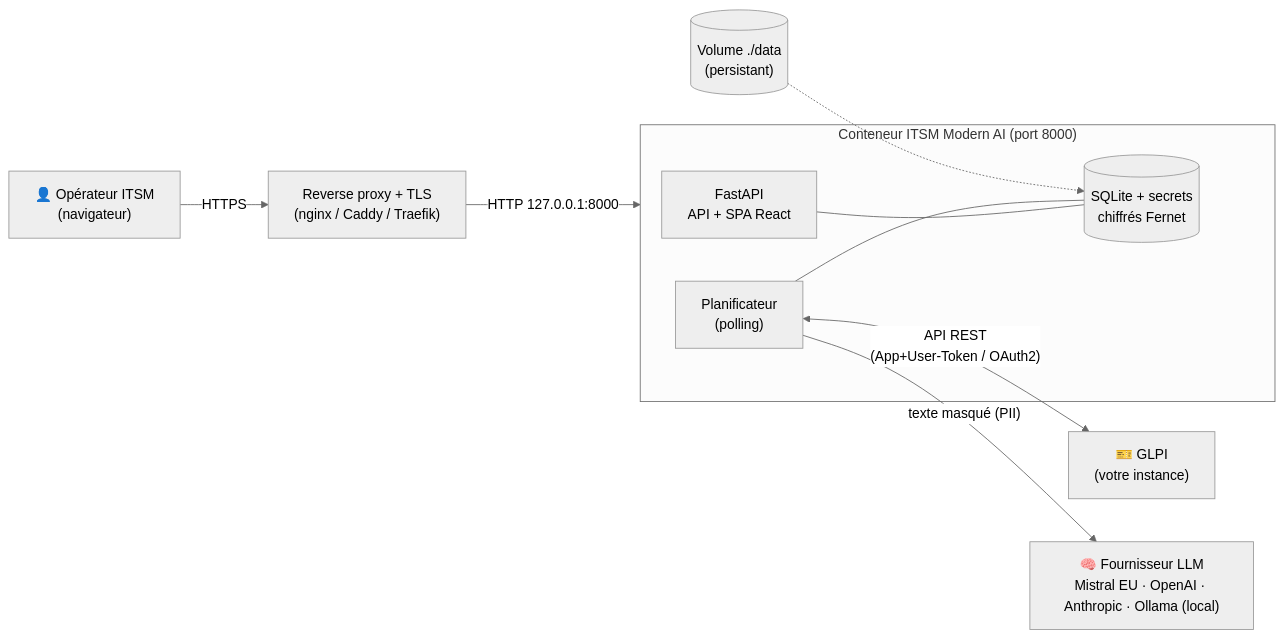
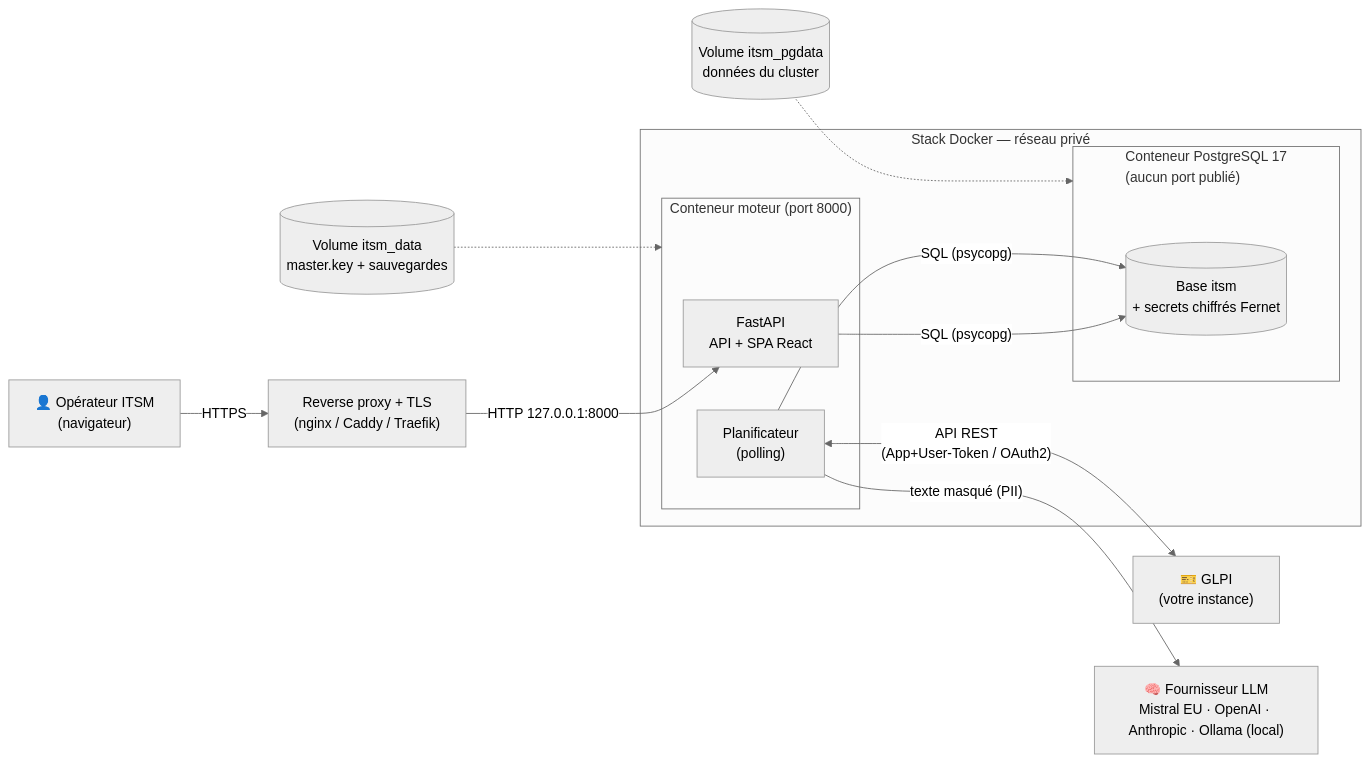
One commit to WicaebethTheo/itsm-modern-ai changed the first of 7 diagrams in docs/guide-fonctionnement.md. Above: the diagram before and after it, drawn with Mermaid (neutral theme). The commit also changed other lines of this file and 181 other files, not shown here.

````diff
--- a/docs/guide-fonctionnement.md
+++ b/docs/guide-fonctionnement.md
@@ -17,18 +18,23 @@
 ```mermaid
 flowchart LR
     U["👤 Opérateur ITSM<br/>(navigateur)"] -->|HTTPS| RP["Reverse proxy + TLS<br/>(nginx / Caddy / Traefik)"]
-    RP -->|"HTTP 127.0.0.1:8000"| C
+    RP -->|"HTTP 127.0.0.1:8000"| API
 
-    subgraph C["Conteneur ITSM Modern AI (port 8000)"]
-        API["FastAPI<br/>API + SPA React"]
-        SCH["Planificateur<br/>(polling)"]
-        DB[("SQLite + secrets<br/>chiffrés Fernet")]
-        API --- DB
-        SCH --- DB
+    subgraph STACK["Stack Docker — réseau privé"]
+        subgraph C["Conteneur moteur (port 8000)"]
+            API["FastAPI<br/>API + SPA React"]
+            SCH["Planificateur<br/>(polling)"]
+        end
+        subgraph P["Conteneur PostgreSQL 17<br/>(aucun port publié)"]
+            DB[("Base itsm<br/>+ secrets chiffrés Fernet")]
+        end
+        API -->|"SQL (psycopg)"| DB
+        SCH -->|"SQL (psycopg)"| DB
     end
 
     SCH <-->|"API REST<br/>(App+User-Token / OAuth2)"| GLPI["🎫 GLPI<br/>(votre instance)"]
     SCH -->|"texte masqué (PII)"| LLM["🧠 Fournisseur LLM<br/>Mistral EU · OpenAI · Anthropic · Ollama (local)"]
 
-    V[("Volume ./data<br/>(persistant)")] -.-> DB
+    VD[("Volume itsm_data<br/>master.key + sauvegardes")] -.-> C
+    VP[("Volume itsm_pgdata<br/>données du cluster")] -.-> P
 ```
````
